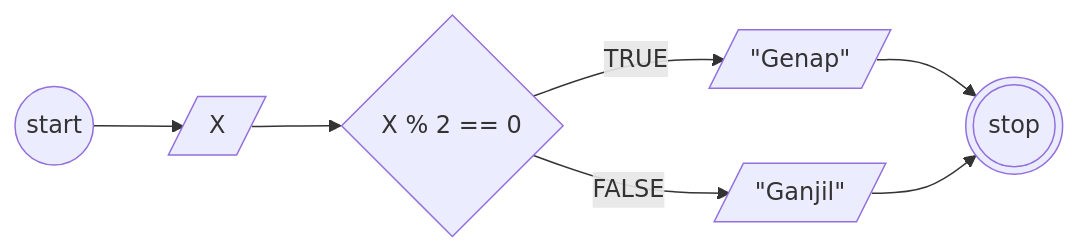
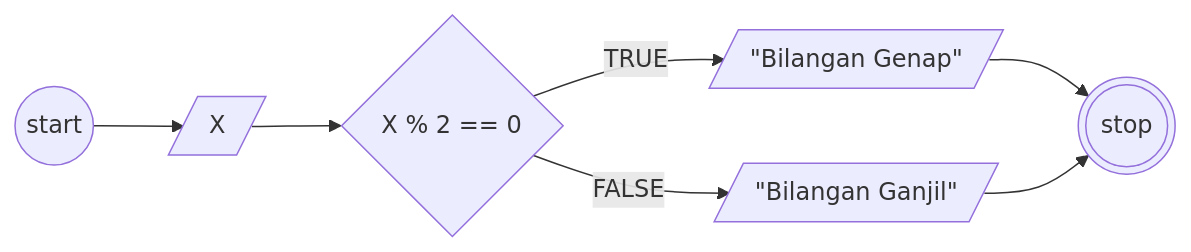
The first of 2 diagrams in algoritma-mititask-bilanganganjil-genap.md (yusufbahtiarr/fgo24-algoritma), drawn with Mermaid before and after one commit.

````diff
--- a/algoritma-mititask-bilanganganjil-genap.md
+++ b/algoritma-mititask-bilanganganjil-genap.md
@@ -10,17 +10,17 @@
 ```mermaid
 flowchart LR
 
 a@{shape: circle, label: "start"}
 b@{shape: lean-r, label: "X"}
 c@{shape: diamond, label: "X % 2 == 0"}
-d@{shape: lean-r, label: '"Genap"'}
-e@{shape: lean-r, label: '"Ganjil"'}
+d@{shape: lean-r, label: '"Bilangan Genap"'}
+e@{shape: lean-r, label: '"Bilangan Ganjil"'}
 x@{shape: dbl-circ, label: "stop"}
 
 a --> b
 b --> c
 c --TRUE--> d
 c --FALSE--> e
 d --> x
 e --> x
 ```
````
